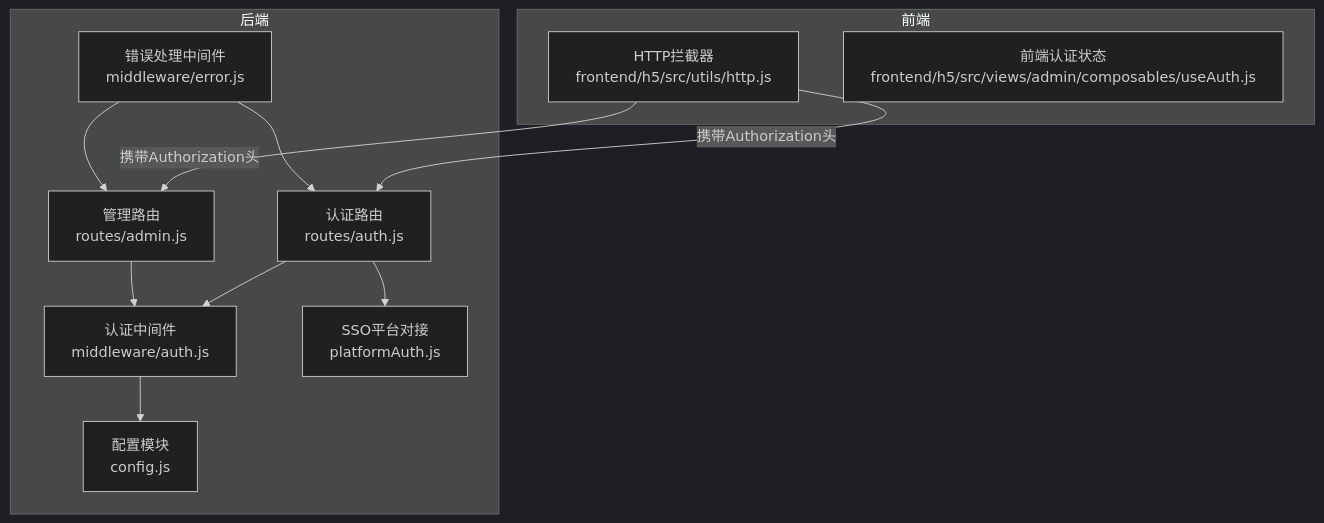
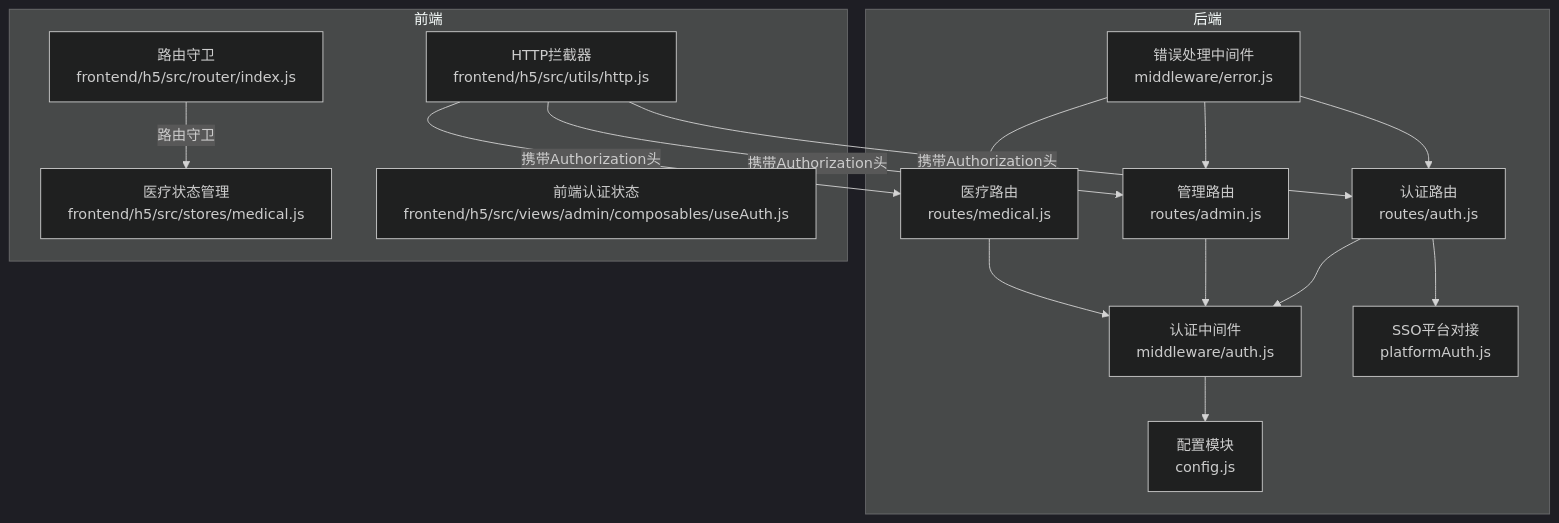
Before and after one commit to Giraffe-Han/microAPP: the first of 9 diagrams in .qoder/repowiki/zh/content/后端服务架构/核心服务模块/中间件系统/认证中间件.md, drawn with Mermaid (dark theme). The commit also changed other lines of this file and 143 other files, not shown here.

````diff
--- a/.qoder/repowiki/zh/content/后端服务架构/核心服务模块/中间件系统/认证中间件.md
+++ b/.qoder/repowiki/zh/content/后端服务架构/核心服务模块/中间件系统/认证中间件.md
@@ -42,23 +54,30 @@
 ```mermaid
 graph TB
 subgraph "后端"
 CFG["配置模块<br/>config.js"]
 MW_AUTH["认证中间件<br/>middleware/auth.js"]
 MW_ERR["错误处理中间件<br/>middleware/error.js"]
 ROUTE_AUTH["认证路由<br/>routes/auth.js"]
 ROUTE_ADMIN["管理路由<br/>routes/admin.js"]
+ROUTE_MEDICAL["医疗路由<br/>routes/medical.js"]
 PLATFORM["SSO平台对接<br/>platformAuth.js"]
 end
 subgraph "前端"
 FE_HTTP["HTTP拦截器<br/>frontend/h5/src/utils/http.js"]
+FE_ROUTER["路由守卫<br/>frontend/h5/src/router/index.js"]
+FE_STORE_MEDICAL["医疗状态管理<br/>frontend/h5/src/stores/medical.js"]
 FE_USEAUTH["前端认证状态<br/>frontend/h5/src/views/admin/composables/useAuth.js"]
 end
 FE_HTTP --> |"携带Authorization头"| ROUTE_AUTH
 FE_HTTP --> |"携带Authorization头"| ROUTE_ADMIN
+FE_HTTP --> |"携带Authorization头"| ROUTE_MEDICAL
+FE_ROUTER --> |"路由守卫"| FE_STORE_MEDICAL
 ROUTE_AUTH --> MW_AUTH
 ROUTE_ADMIN --> MW_AUTH
+ROUTE_MEDICAL --> MW_AUTH
 MW_AUTH --> CFG
 ROUTE_AUTH --> PLATFORM
 MW_ERR --> ROUTE_AUTH
 MW_ERR --> ROUTE_ADMIN
+MW_ERR --> ROUTE_MEDICAL
 ```
````
